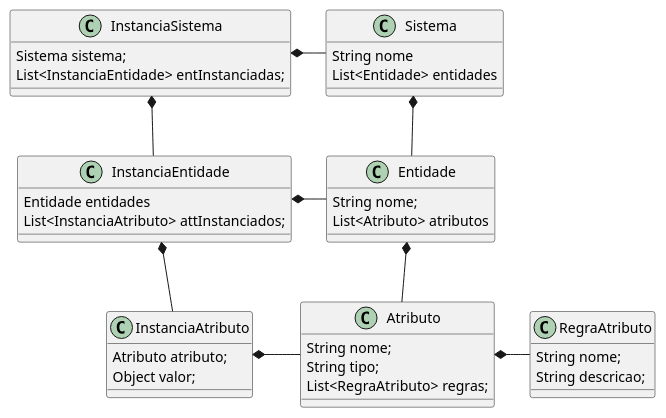
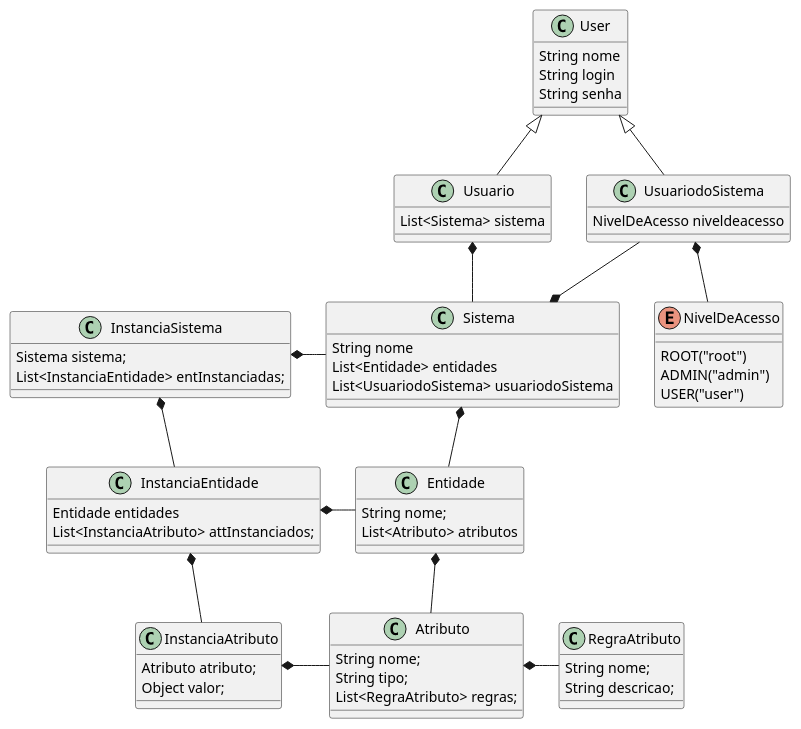
Before and after one commit to IFBAEunapolisDynamicObjectModel/Domgo-lango---Core: the diagram in UML/models.puml, drawn with PlantUML. The commit also changed other lines of this file and 3 other files, not shown here.

Commit message:
Uml upgrade

```diff
--- a/UML/models.puml
+++ b/UML/models.puml
@@ -2,54 +1,73 @@
 @startuml
-
 class Sistema{
 
   String nome
   List<Entidade> entidades
+  List<UsuariodoSistema> usuariodoSistema
 }
+class Usuario extends User {
 
+  List<Sistema> sistema
+}
+class User{
+  String nome
+  String login
+  String senha
+}
+class UsuariodoSistema extends User{
+
+  NivelDeAcesso niveldeacesso
+}
 class Entidade{
 
   String nome;
   List<Atributo> atributos
+}
+ Enum NivelDeAcesso{
+  ROOT("root")
+  ADMIN("admin")
+  USER("user")
+
 }
 
 class Atributo{
   String nome;
   String tipo;
   List<RegraAtributo> regras;
 }
 
 class RegraAtributo{
   String nome;
   String descricao;
 }
 
 class InstanciaSistema{
-
   Sistema sistema;
   List<InstanciaEntidade> entInstanciadas;
 }
 
 class InstanciaEntidade{
 
   Entidade entidades
   List<InstanciaAtributo> attInstanciados;
 }
 
 class InstanciaAtributo{
 
     Atributo atributo;
     Object valor;
 }
-
+Usuario *-- Sistema
+UsuariodoSistema *--NivelDeAcesso
 Sistema *-- Entidade
+UsuariodoSistema --* Sistema
 Entidade *-- Atributo
 Atributo *- RegraAtributo
 
 InstanciaSistema *- Sistema
 InstanciaSistema *-- InstanciaEntidade
 InstanciaEntidade *- Entidade
 InstanciaEntidade *-- InstanciaAtributo
 InstanciaAtributo *- Atributo
 
 @enduml
```
